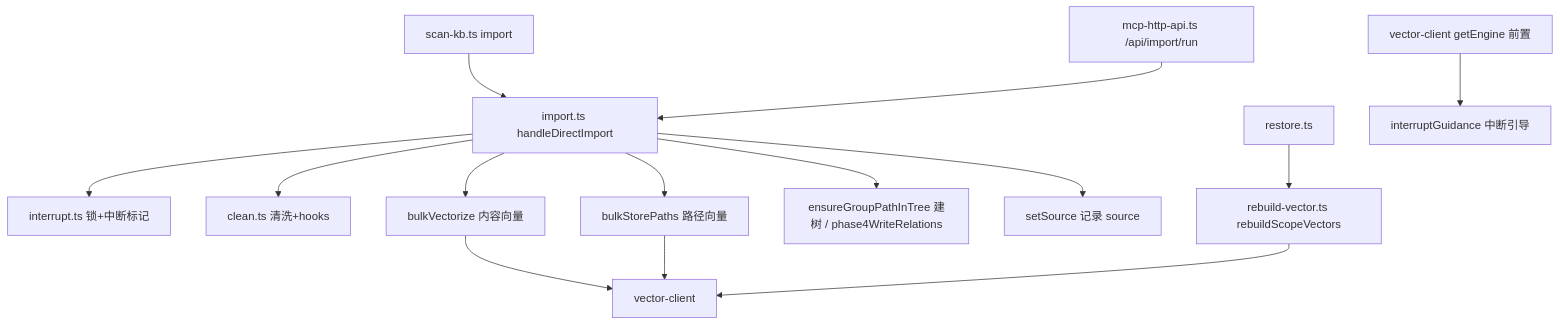
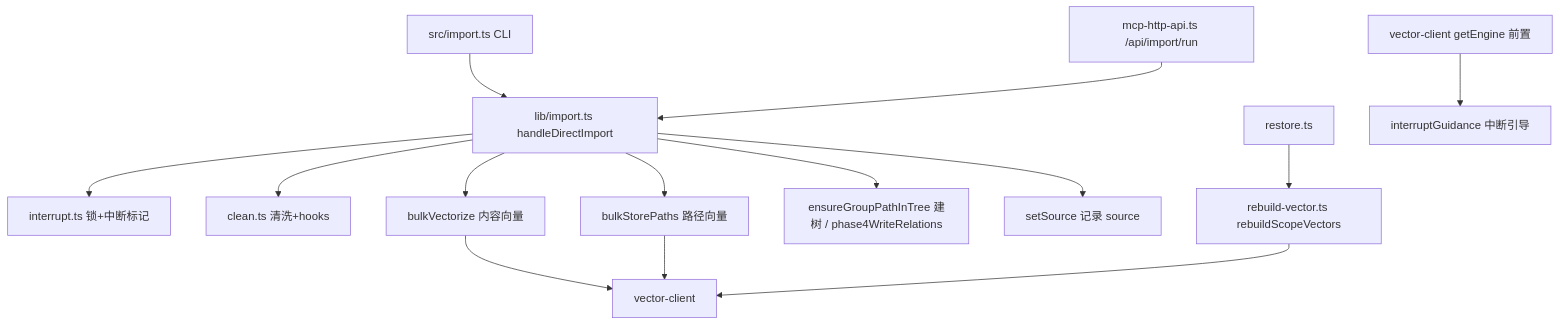
The diagram in kisearch/module-experts/知识索引导入专家/implementation/01-架构.md (HACK-WU/CodeWikiHub), drawn with Mermaid before and after one commit. The commit also changed other lines of this file and 47 other files, not shown here.

````diff
--- a/kisearch/module-experts/知识索引导入专家/implementation/01-架构.md
+++ b/kisearch/module-experts/知识索引导入专家/implementation/01-架构.md
@@ -64,16 +64,16 @@
 ```mermaid
 graph TD
-    A[scan-kb.ts import] --> B[import.ts handleDirectImport]
+    A[src/import.ts CLI] --> B[lib/import.ts handleDirectImport]
     H[mcp-http-api.ts /api/import/run] --> B
     B --> I[interrupt.ts 锁+中断标记]
     B --> C[clean.ts 清洗+hooks]
     B --> E[bulkVectorize 内容向量]
     B --> P[bulkStorePaths 路径向量]
     B --> G[ensureGroupPathInTree 建树 / phase4WriteRelations]
     B --> Q[setSource 记录 source]
     R[restore.ts] --> D[rebuild-vector.ts rebuildScopeVectors]
     V[vector-client getEngine 前置] --> W[interruptGuidance 中断引导]
     E --> N[vector-client]
     P --> N
     D --> N
 ```
````
